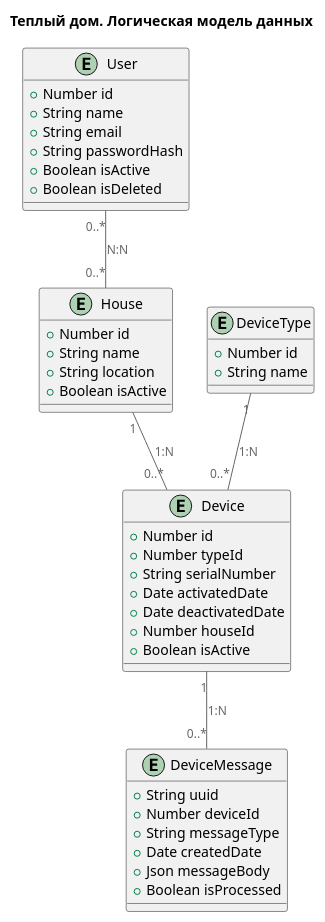
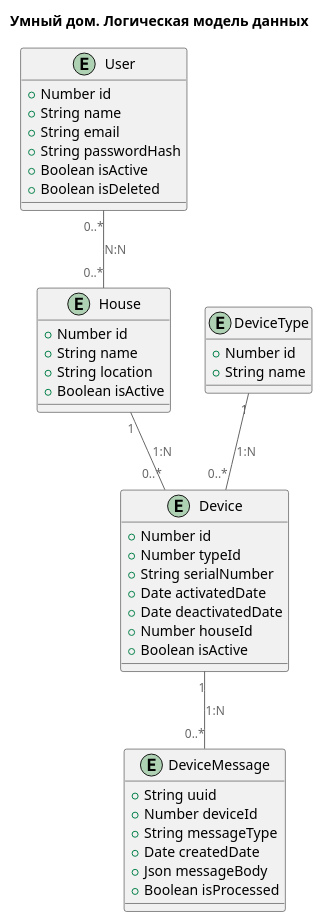
Before and after one commit to realjungleman/architecture-warmhouse: the diagram in 3_task/db_logical.puml, drawn with PlantUML. The commit also changed 9 other files, not shown here.

Commit message:
Заменено теплый на умный

```diff
--- a/3_task/db_logical.puml
+++ b/3_task/db_logical.puml
@@ -1,51 +1,51 @@
 @startuml
-title Теплый дом. Логическая модель данных
+title Умный дом. Логическая модель данных
 
 top to bottom direction
 
 !includeurl https://raw.githubusercontent.com/RicardoNiepel/C4-PlantUML/master/C4_Component.puml
 
 entity User {
   +Number id
   +String name
   +String email
   +String passwordHash
   +Boolean isActive
   +Boolean isDeleted
 }
 
 entity House {
   +Number id
   +String name
   +String location
   +Boolean isActive
 }
 
 entity DeviceType {
   +Number id
   +String name
 }
 
 entity Device {
   +Number id
   +Number typeId
   +String serialNumber
   +Date activatedDate
   +Date deactivatedDate
   +Number houseId
   +Boolean isActive
 }
 
 entity DeviceMessage {
   +String uuid
   +Number deviceId
   +String messageType
   +Date createdDate
   +Json messageBody
   +Boolean isProcessed
 }
 User "0..*" -- "0..*" House : N:N
 House "1" -- "0..*" Device : 1:N
 Device "1" -- "0..*" DeviceMessage : 1:N
 DeviceType "1" -- "0..*" Device : 1:N
 @enduml
```
